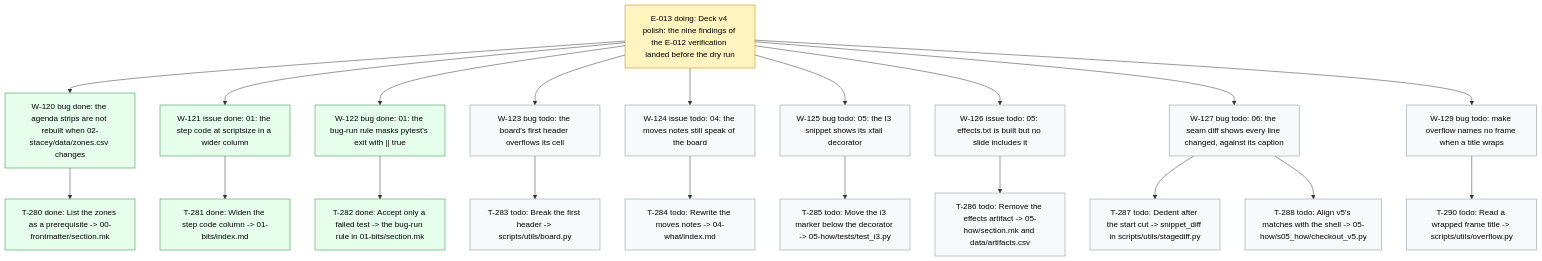
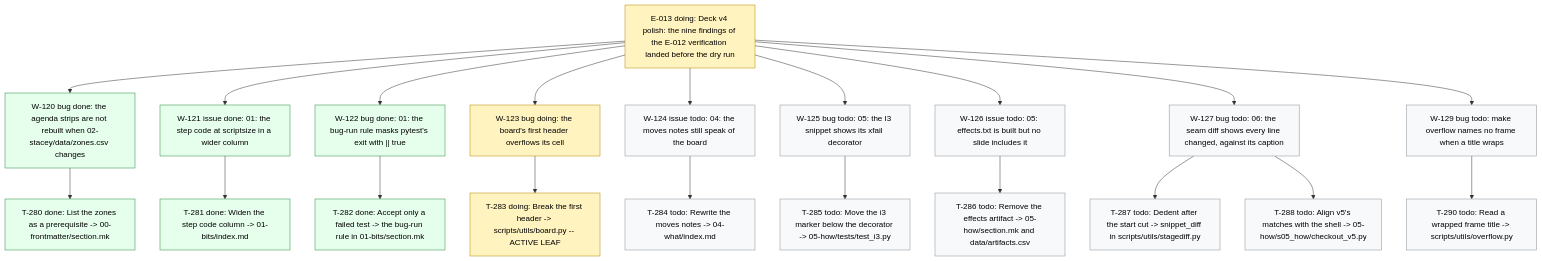
The diagram in .board/BOARD.md (dpopchev/chaos-to-simple), drawn with Mermaid before and after one commit. The commit also changed other lines of this file and 2 other files, not shown here.

Commit message:
chore(board): activate W-123, start T-283
Refs: W-123 T-283

````diff
--- a/.board/BOARD.md
+++ b/.board/BOARD.md
@@ -729,31 +729,31 @@
 ```mermaid
 flowchart TD
   E013["E-013 doing: Deck v4 polish: the nine findings of the E-012 verification landed before the dry run"]
   E013 --> W120["W-120 bug done: the agenda strips are not rebuilt when 02-stacey/data/zones.csv changes"]
   W120 --> T280["T-280 done: List the zones as a prerequisite -> 00-frontmatter/section.mk"]
   E013 --> W121["W-121 issue done: 01: the step code at scriptsize in a wider column"]
   W121 --> T281["T-281 done: Widen the step code column -> 01-bits/index.md"]
   E013 --> W122["W-122 bug done: 01: the bug-run rule masks pytest's exit with || true"]
   W122 --> T282["T-282 done: Accept only a failed test -> the bug-run rule in 01-bits/section.mk"]
-  E013 --> W123["W-123 bug todo: the board's first header overflows its cell"]
-  W123 --> T283["T-283 todo: Break the first header -> scripts/utils/board.py"]
+  E013 --> W123["W-123 bug doing: the board's first header overflows its cell"]
+  W123 --> T283["T-283 doing: Break the first header -> scripts/utils/board.py -- ACTIVE LEAF"]
   E013 --> W124["W-124 issue todo: 04: the moves notes still speak of the board"]
   W124 --> T284["T-284 todo: Rewrite the moves notes -> 04-what/index.md"]
   E013 --> W125["W-125 bug todo: 05: the I3 snippet shows its xfail decorator"]
   W125 --> T285["T-285 todo: Move the i3 marker below the decorator -> 05-how/tests/test_i3.py"]
   E013 --> W126["W-126 issue todo: 05: effects.txt is built but no slide includes it"]
   W126 --> T286["T-286 todo: Remove the effects artifact -> 05-how/section.mk and data/artifacts.csv"]
   E013 --> W127["W-127 bug todo: 06: the seam diff shows every line changed, against its caption"]
   W127 --> T287["T-287 todo: Dedent after the start cut -> snippet_diff in scripts/utils/stagediff.py"]
   W127 --> T288["T-288 todo: Align v5's matches with the shell -> 05-how/s05_how/checkout_v5.py"]
   E013 --> W129["W-129 bug todo: make overflow names no frame when a title wraps"]
   W129 --> T290["T-290 todo: Read a wrapped frame title -> scripts/utils/overflow.py"]
   classDef doing fill:#fff3bf,stroke:#b58900,color:#000;
   classDef blocked fill:#ffe3e3,stroke:#c92a2a,color:#000;
   classDef done fill:#e6ffed,stroke:#2b8a3e,color:#000;
   classDef todo fill:#f8f9fa,stroke:#868e96,color:#000;
   classDef pruned fill:#f1f3f5,stroke:#adb5bd,color:#000;
-  class E013 doing
+  class E013,W123,T283 doing
   class W120,T280,W121,T281,W122,T282 done
-  class W123,T283,W124,T284,W125,T285,W126,T286,W127,T287,T288,W129,T290 todo
+  class W124,T284,W125,T285,W126,T286,W127,T287,T288,W129,T290 todo
 ```
````
